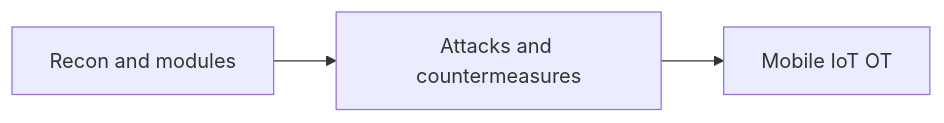
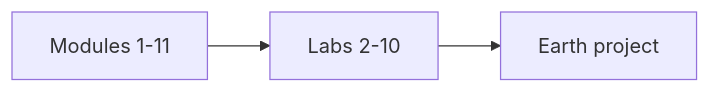
One commit to Jkbarros/ia445-ethical-hacking-offensive-security changed the diagram in README.md. Above: the diagram before and after it, drawn with Mermaid. The commit also changed other lines of this file and 65 other files, not shown here.

Commit message:
Convert IA 445 modules and labs to docs with PDF screenshots

````diff
--- a/README.md
+++ b/README.md
@@ -24,7 +31,7 @@
 ```mermaid
 flowchart LR
-  R[Recon and modules]
-  A[Attacks and countermeasures]
-  M[Mobile IoT OT]
-  R --> A --> M
+  M[Modules 1-11]
+  L[Labs 2-10]
+  E[Earth project]
+  M --> L --> E
 ```
````
